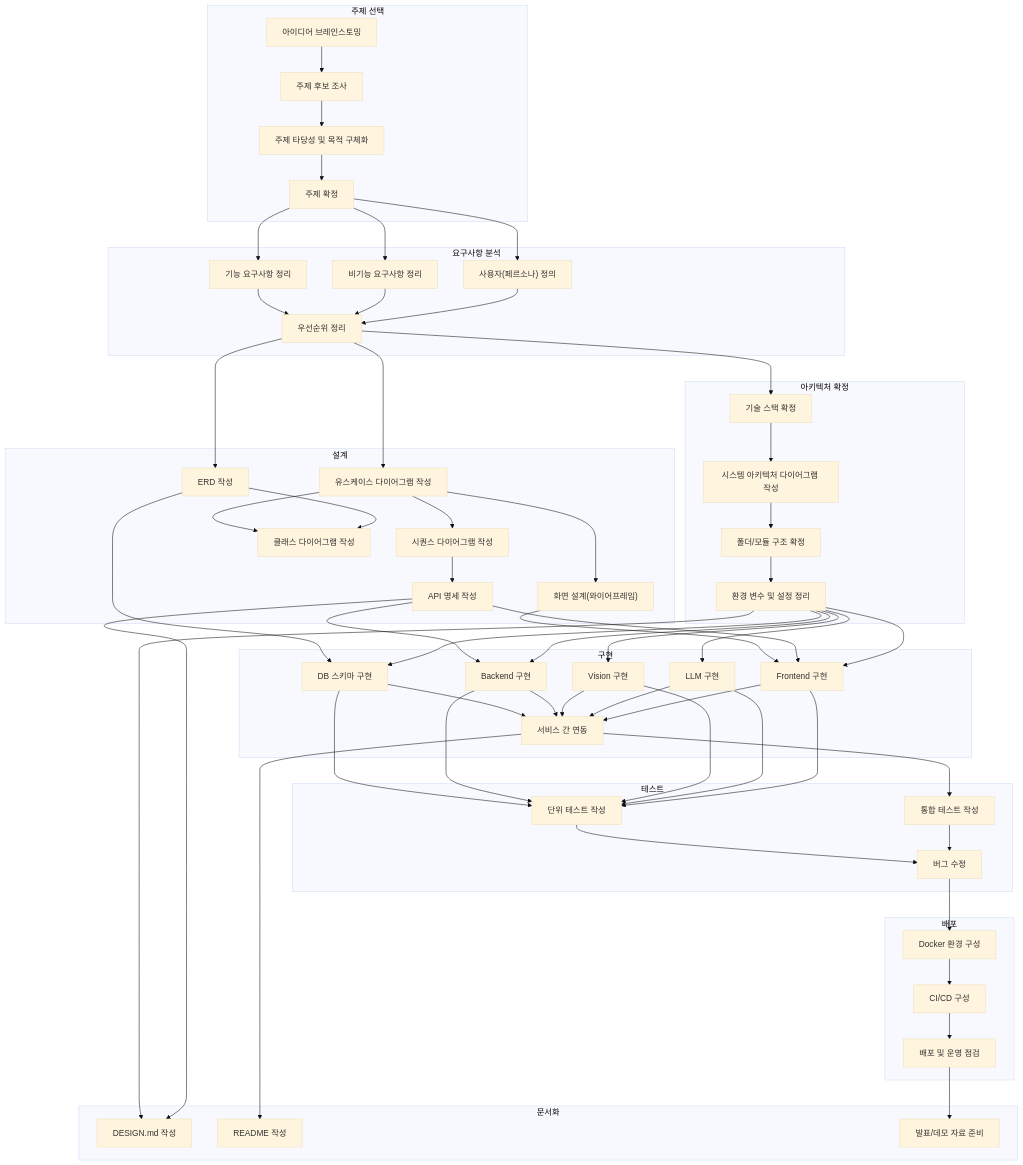
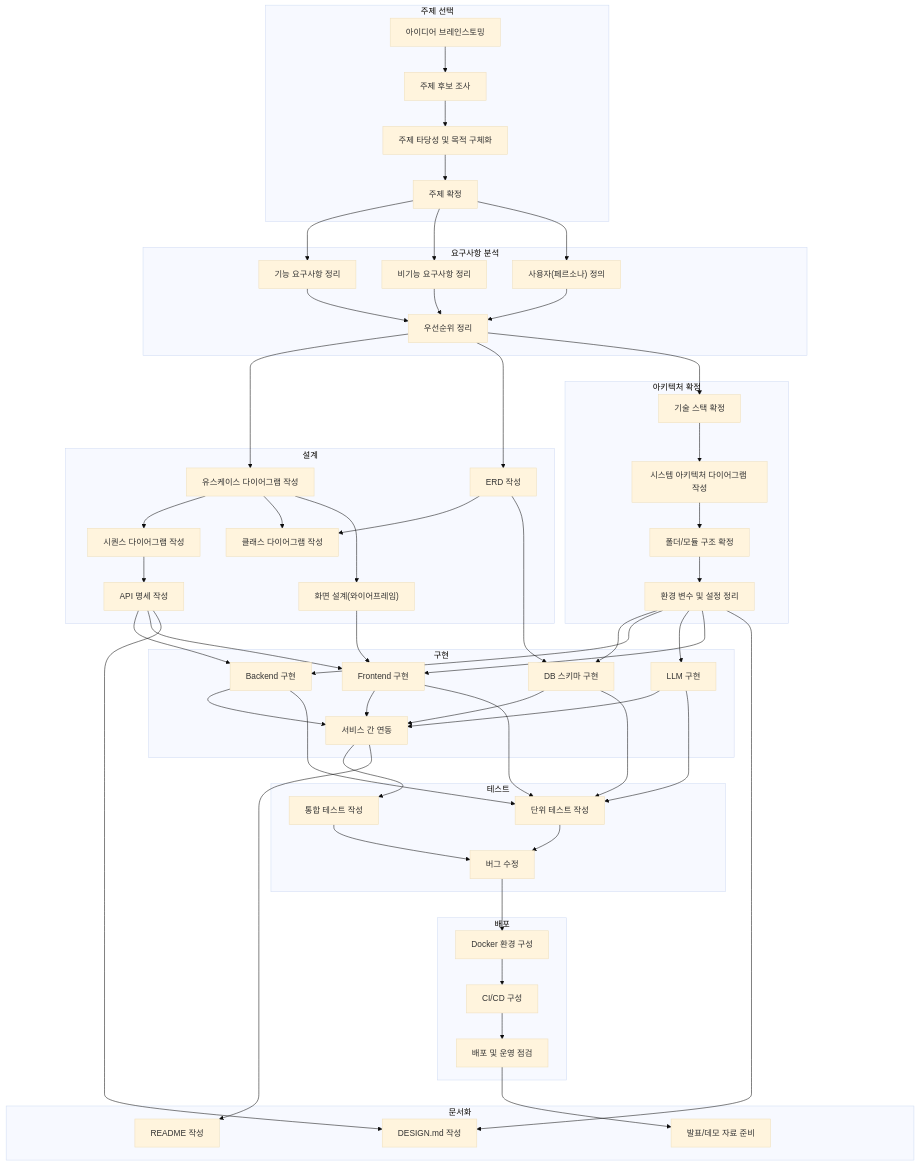
One commit to SKNETWORKS-FAMILY-AICAMP/SKN34-3rd-3Team changed the diagram in Docs/TODO.md. Above: the diagram before and after it, drawn with Mermaid (base theme). The commit also changed other lines of this file and 7 other files, not shown here.

Commit message:
Docs: 다이어그램 추가

```diff
--- a/Docs/TODO.md
+++ b/Docs/TODO.md
@@ -39,13 +39,11 @@
     subgraph P5["구현"]
         IM1["DB 스키마 구현"]
         IM2["Backend 구현"]
-        IM3["Vision 구현"]
         IM4["LLM 구현"]
         IM5["Frontend 구현"]
         IM6["서비스 간 연동"]
         IM1 --> IM6
         IM2 --> IM6
-        IM3 --> IM6
         IM4 --> IM6
         IM5 --> IM6
     end
@@ -77,7 +75,6 @@
     AR4 --> IM1
     DS5 --> IM2
     AR4 --> IM2
-    AR4 --> IM3
     AR4 --> IM4
     DS6 --> IM5
     DS5 --> IM5
@@ -85,7 +82,6 @@
 
     IM1 --> TS1
     IM2 --> TS1
-    IM3 --> TS1
     IM4 --> TS1
     IM5 --> TS1
     IM6 --> TS2
```
